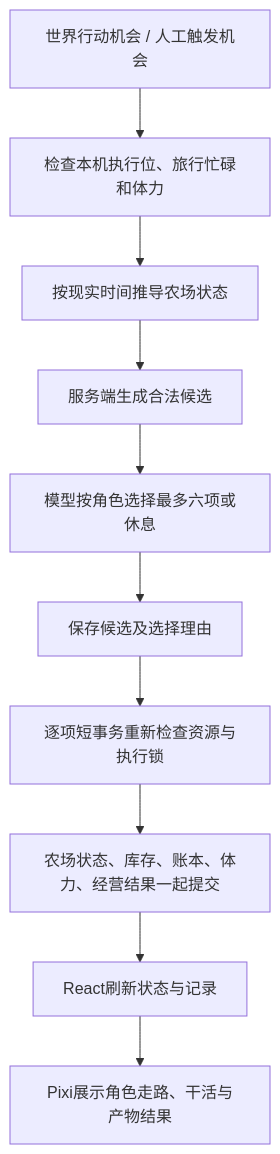
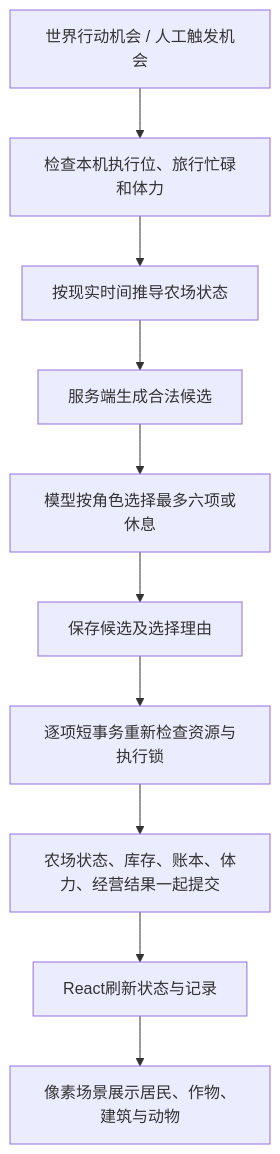
Before and after one commit to TangerineSpecter/O-Doc: the diagram in docs/agents/Agent农牧场一期说明.md, drawn with Mermaid. The commit also changed other lines of this file and 43 other files, not shown here.

````diff
--- a/docs/agents/Agent农牧场一期说明.md
+++ b/docs/agents/Agent农牧场一期说明.md
@@ -72,12 +72,12 @@
 ```mermaid
 flowchart TD
     A[世界行动机会 / 人工触发机会] --> B[检查本机执行位、旅行忙碌和体力]
     B --> C[按现实时间推导农场状态]
     C --> D[服务端生成合法候选]
     D --> E[模型按角色选择最多六项或休息]
     E --> F[保存候选及选择理由]
     F --> G[逐项短事务重新检查资源与执行锁]
     G --> H[农场状态、库存、账本、体力、经营结果一起提交]
     H --> I[React刷新状态与记录]
-    I --> J[Pixi展示角色走路、干活与产物结果]
+    I --> J[像素场景展示居民、作物、建筑与动物]
 ```
````
